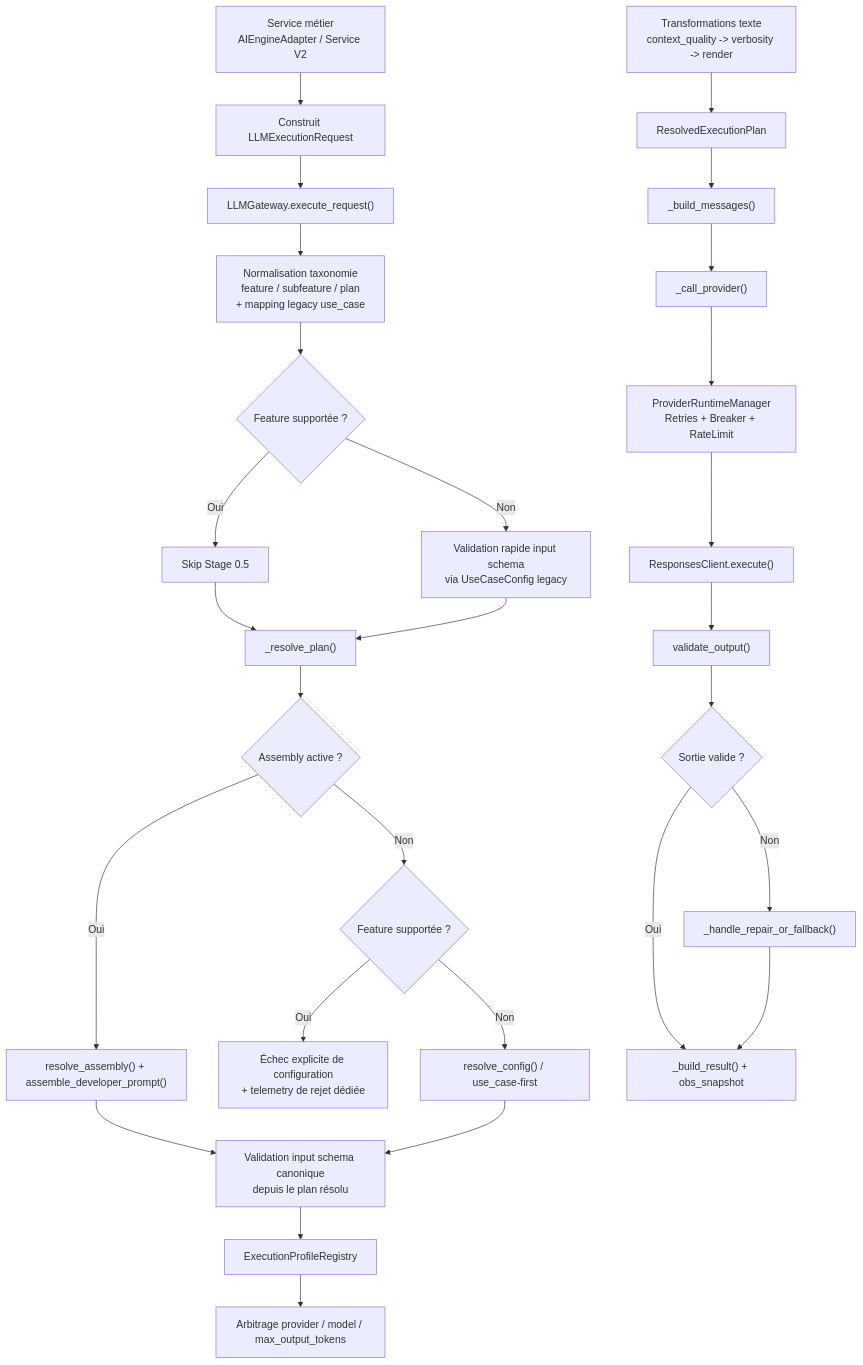
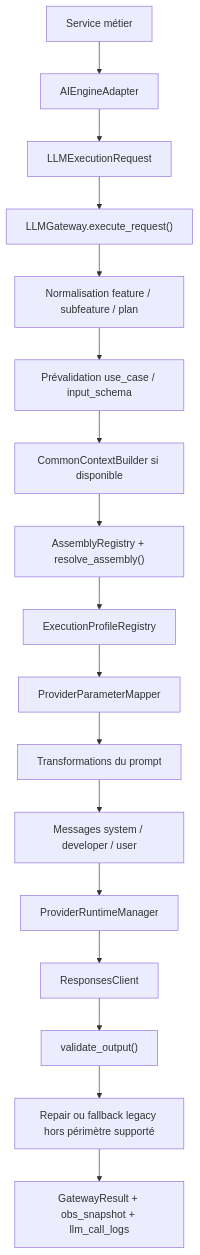
The first of 3 diagrams in docs/llm-prompt-generation-by-feature.md (daconrilcy/horoscope_front), drawn with Mermaid before and after one commit. The commit also changed other lines of this file, not shown here.

Commit message:
docs: align llm prompt generation document with runtime pipeline

````diff
--- a/docs/llm-prompt-generation-by-feature.md
+++ b/docs/llm-prompt-generation-by-feature.md
@@ -60,35 +46,19 @@
 ```mermaid
 flowchart TD
-    A["Service métier<br/>AIEngineAdapter / Service V2"] --> B["Construit LLMExecutionRequest"]
-    B --> C["LLMGateway.execute_request()"]
-    C --> D["Normalisation taxonomie<br/>feature / subfeature / plan<br/>+ mapping legacy use_case"]
-    D --> E{"Feature supportée ?"}
-    E -->|Oui| F["Skip Stage 0.5"]
-    E -->|Non| G["Validation rapide input schema<br/>via UseCaseConfig legacy"]
-    F --> H["_resolve_plan()"]
-    G --> H
-
-    H --> I{"Assembly active ?"}
-    I -->|Oui| J["resolve_assembly() + assemble_developer_prompt()"]
-    I -->|Non| K{"Feature supportée ?"}
-    K -->|Oui| L["Échec explicite de configuration<br/>+ telemetry de rejet dédiée"]
-    K -->|Non| M["resolve_config() / use_case-first"]
-
-    J --> N["Validation input schema canonique<br/>depuis le plan résolu"]
-    M --> N
-
-    N --> O["ExecutionProfileRegistry"]
-    O --> P["Arbitrage provider / model / max_output_tokens"]
-    Q["Transformations texte<br/>context_quality -> verbosity -> render"]
-    Q --> R["ResolvedExecutionPlan"]
-    R --> S["_build_messages()"]
-    S --> T["_call_provider()"]
-    T --> T1["ProviderRuntimeManager<br/>Retries + Breaker + RateLimit"]
-    T1 --> T2["ResponsesClient.execute()"]
-    T2 --> U["validate_output()"]
-
-    U --> V{"Sortie valide ?"}
-    V -->|Oui| W["_build_result() + obs_snapshot"]
-    V -->|Non| X["_handle_repair_or_fallback()"]
-    X --> W
+    A["Service métier"] --> B["AIEngineAdapter"]
+    B --> C["LLMExecutionRequest"]
+    C --> D["LLMGateway.execute_request()"]
+    D --> E["Normalisation feature / subfeature / plan"]
+    E --> F["Prévalidation use_case / input_schema"]
+    F --> G["CommonContextBuilder si disponible"]
+    G --> H["AssemblyRegistry + resolve_assembly()"]
+    H --> I["ExecutionProfileRegistry"]
+    I --> J["ProviderParameterMapper"]
+    J --> K["Transformations du prompt"]
+    K --> L["Messages system / developer / user"]
+    L --> M["ProviderRuntimeManager"]
+    M --> N["ResponsesClient"]
+    N --> O["validate_output()"]
+    O --> P["Repair ou fallback legacy hors périmètre supporté"]
+    P --> Q["GatewayResult + obs_snapshot + llm_call_logs"]
 ```
````
